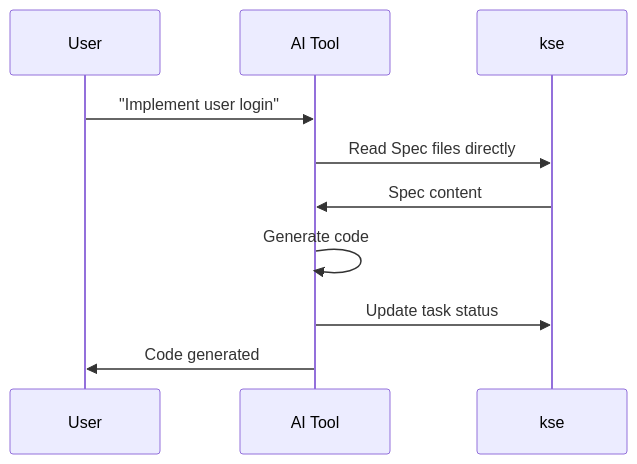
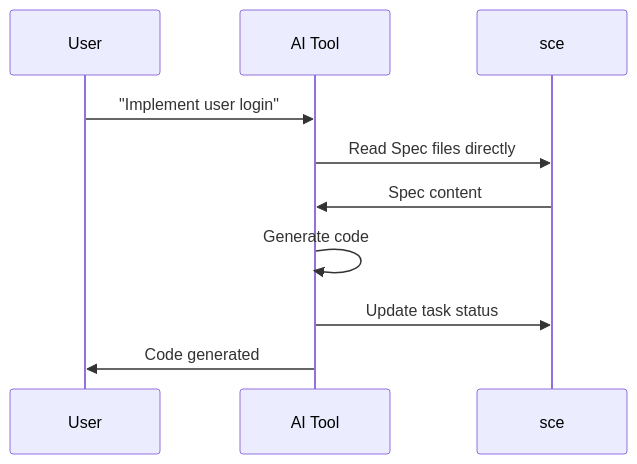
The second of 5 diagrams in docs/integration-modes.md (LuChangQiu/kiro-spec-engine), drawn with Mermaid before and after one commit. The commit also changed other lines of this file and 237 other files, not shown here.

````diff
--- a/docs/integration-modes.md
+++ b/docs/integration-modes.md
@@ -40,13 +40,13 @@
 ```mermaid
 sequenceDiagram
     participant User
     participant AI Tool
-    participant kse
+    participant sce
     
     User->>AI Tool: "Implement user login"
-    AI Tool->>kse: Read Spec files directly
-    kse->>AI Tool: Spec content
+    AI Tool->>sce: Read Spec files directly
+    sce->>AI Tool: Spec content
     AI Tool->>AI Tool: Generate code
-    AI Tool->>kse: Update task status
+    AI Tool->>sce: Update task status
     AI Tool->>User: Code generated
 ```
````
